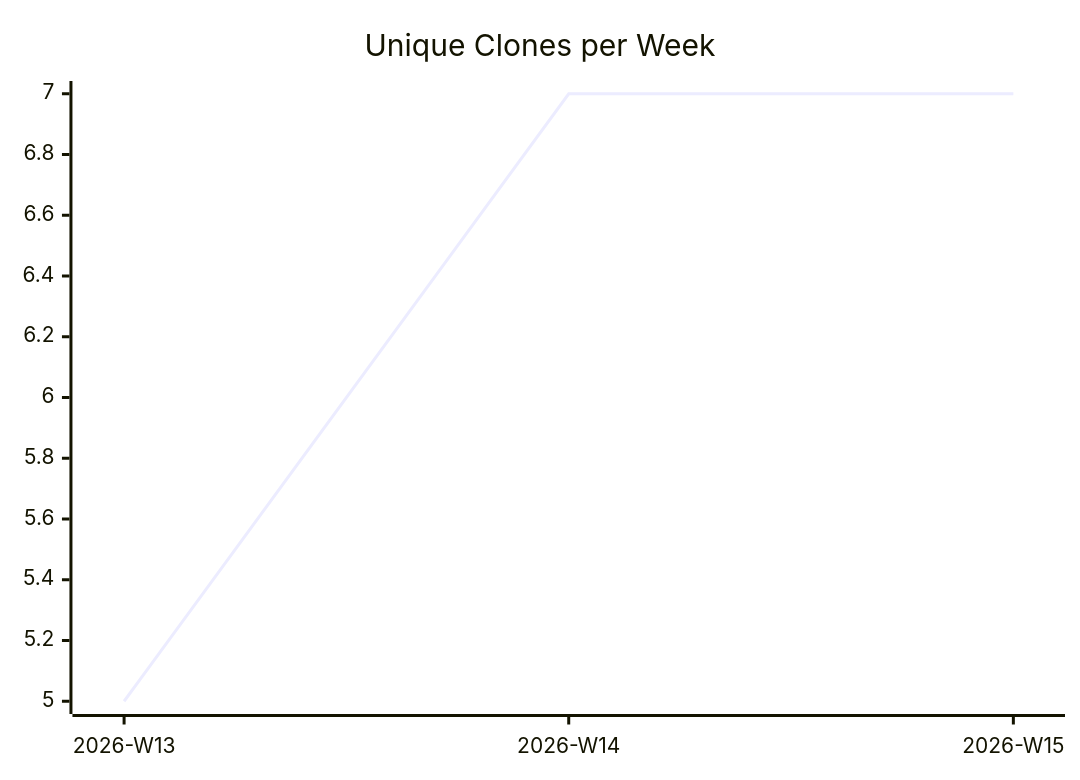
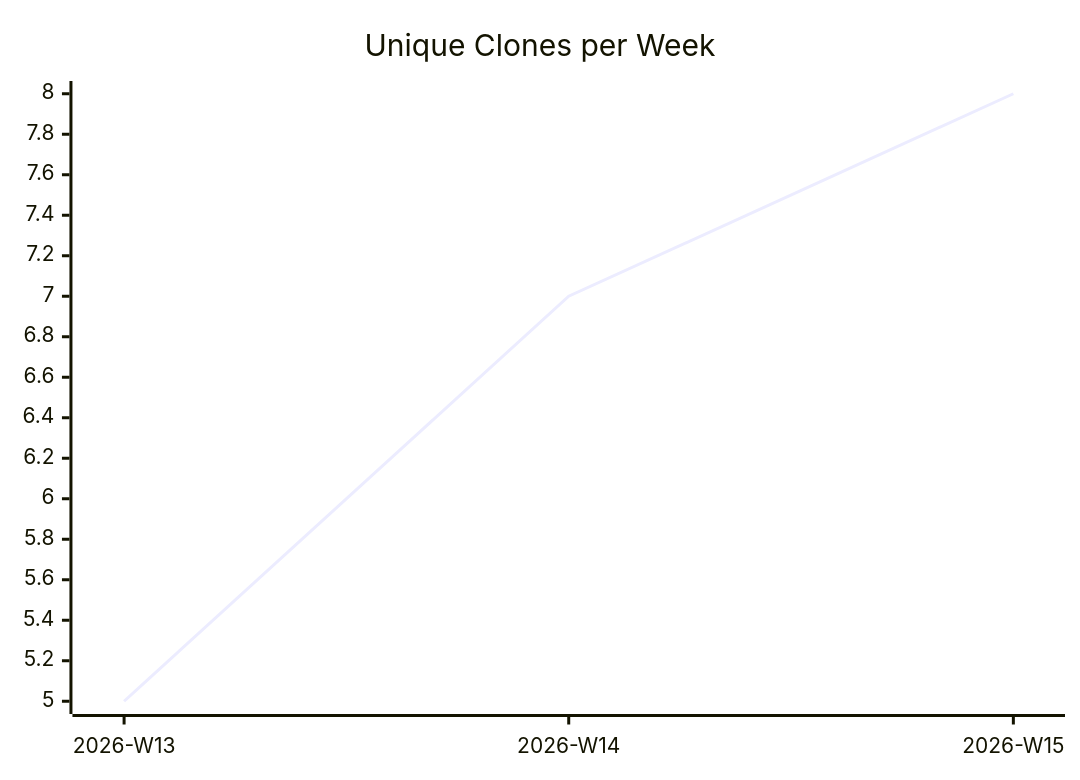
One commit to justdavis-family/github-analytics-data changed the third of 3 diagrams in karlmdavis/ansible-role-jenkins2/README.md. Above: the diagram before and after it, drawn with Mermaid. The commit also changed other lines of this file and 192 other files, not shown here.

````diff
--- a/karlmdavis/ansible-role-jenkins2/README.md
+++ b/karlmdavis/ansible-role-jenkins2/README.md
@@ -19,6 +19,6 @@
 ```mermaid
 xychart-beta
   title "Unique Clones per Week"
   x-axis ["2026-W13", "2026-W14", "2026-W15"]
-  line [5, 7, 7]
+  line [5, 7, 8]
 ```
````
